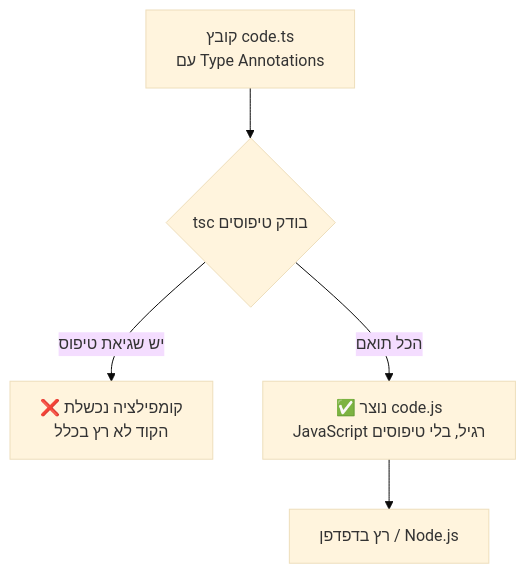
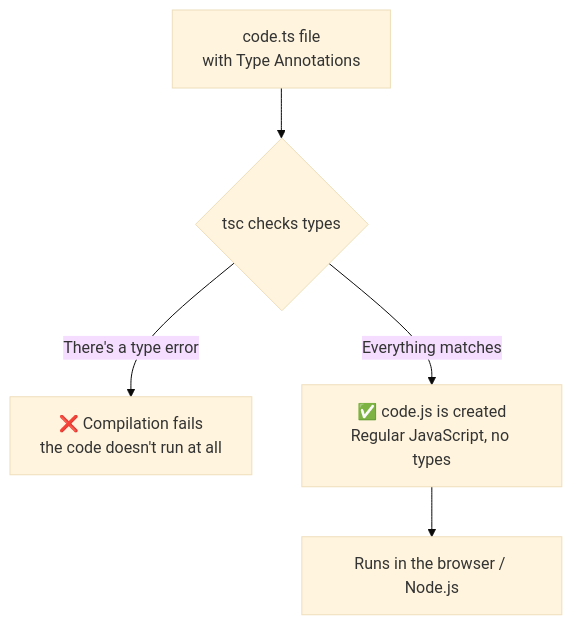
One commit to neriyaMalachi/FullStack_kodkode_5 changed the diagram in content/docs/typescript/88-typescript-intro-content.md. Above: the diagram before and after it, drawn with Mermaid (base theme). The commit also changed other lines of this file and 117 other files, not shown here.

````diff
--- a/content/docs/typescript/88-typescript-intro-content.md
+++ b/content/docs/typescript/88-typescript-intro-content.md
@@ -51,7 +51,7 @@
 ```mermaid
 flowchart TD
-    A["קובץ code.ts<br/>עם Type Annotations"] --> B{"tsc בודק טיפוסים"}
-    B -->|"יש שגיאת טיפוס"| C["❌ קומפילציה נכשלת<br/>הקוד לא רץ בכלל"]
-    B -->|"הכל תואם"| D["✅ נוצר code.js<br/>JavaScript רגיל, בלי טיפוסים"]
-    D --> E["רץ בדפדפן / Node.js"]
+    A["code.ts file<br/>with Type Annotations"] --> B{"tsc checks types"}
+    B -->|"There's a type error"| C["❌ Compilation fails<br/>the code doesn't run at all"]
+    B -->|"Everything matches"| D["✅ code.js is created<br/>Regular JavaScript, no types"]
+    D --> E["Runs in the browser / Node.js"]
 ```
````
